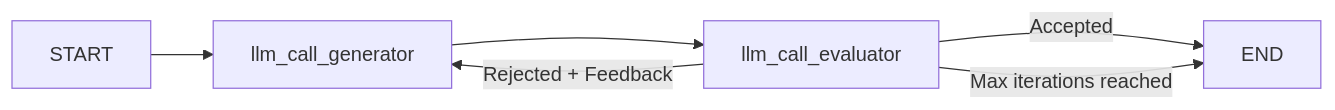
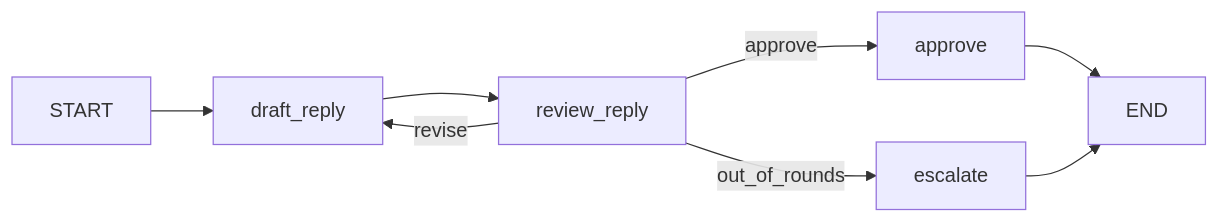
One commit to Walid-Ahmed/langgraph-tutorials changed the second of 2 diagrams in 5-Workflows/05_evaluator_optimizer.md. Above: the diagram before and after it, drawn with Mermaid. The commit also changed other lines of this file and 11 other files, not shown here.

````diff
--- a/5-Workflows/05_evaluator_optimizer.md
+++ b/5-Workflows/05_evaluator_optimizer.md
@@ -120,8 +89,8 @@
 ```mermaid
 flowchart LR
-    START --> llm_call_generator
-    llm_call_generator --> llm_call_evaluator
-    llm_call_evaluator -->|Accepted| END
-    llm_call_evaluator -->|Max iterations reached| END
-    llm_call_evaluator -->|Rejected + Feedback| llm_call_generator
+    START --> draft_reply
+    draft_reply --> review_reply
+    review_reply -->|approve| approve --> END
+    review_reply -->|revise| draft_reply
+    review_reply -->|out_of_rounds| escalate --> END
 ```
````
